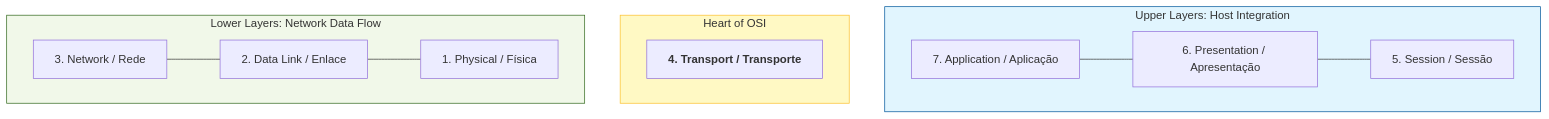
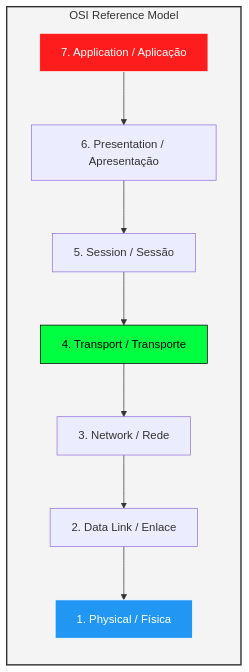
Before and after one commit to profalexandretolentino/cisco-ccna-v7-journey: the second of 2 diagrams in README.md, drawn with Mermaid.

````diff
--- a/README.md
+++ b/README.md
@@ -37,21 +37,18 @@
 ```mermaid
 graph TD
-    subgraph Upper_Layers [Upper Layers: Host Integration]
-        L7[7. Application / Aplicação] --- L6[6. Presentation / Apresentação]
-        L6 --- L5[5. Session / Sessão]
+    subgraph OSI_MODEL [OSI Reference Model]
+        direction TB
+        L7[7. Application / Aplicação] --> L6[6. Presentation / Apresentação]
+        L6 --> L5[5. Session / Sessão]
+        L5 --> L4[4. Transport / Transporte]
+        L4 --> L3[3. Network / Rede]
+        L3 --> L2[2. Data Link / Enlace]
+        L2 --> L1[1. Physical / Física]
     end
 
-    subgraph Transport_Layer [Heart of OSI]
-        L4[4. Transport / Transporte]
-    end
-
-    subgraph Lower_Layers [Lower Layers: Network Data Flow]
-        L3[3. Network / Rede] --- L2[2. Data Link / Enlace]
-        L2 --- L1[1. Physical / Física]
-    end
-
-    style Upper_Layers fill:#e1f5fe,stroke:#01579b
-    style Transport_Layer fill:#fff9c4,stroke:#fbc02d
-    style Lower_Layers fill:#f1f8e9,stroke:#33691e
-    style L4 font-weight:bold
+    %% Estilização para ficar Profissional
+    style L7 fill:#ff1c1c,stroke:#fff,color:#fff
+    style L4 fill:#00ff41,stroke:#000,color:#000
+    style L1 fill:#2196f3,stroke:#fff,color:#fff
+    style OSI_MODEL fill:#f4f4f4,stroke:#333,stroke-width:2px
 ```
````
